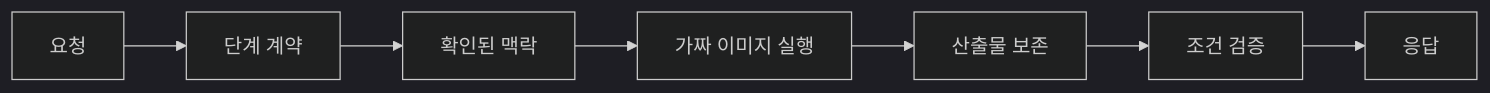
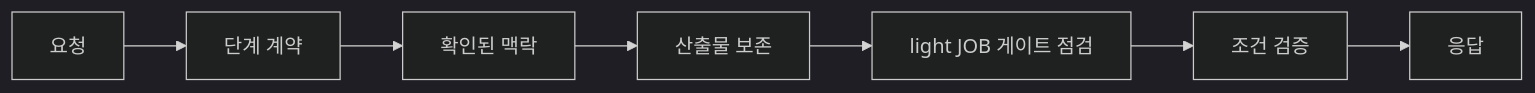
Before and after one commit to pheanor-agent/p-hermes-v2: the diagram in examples/integration-check/README.md, drawn with Mermaid (dark theme). The commit also changed other lines of this file and 148 other files, not shown here.

````diff
--- a/examples/integration-check/README.md
+++ b/examples/integration-check/README.md
@@ -6,9 +6,9 @@
 ```mermaid
 flowchart LR
   A[요청] --> B[단계 계약]
   B --> C[확인된 맥락]
-  C --> D[가짜 이미지 실행]
-  D --> E[산출물 보존]
+  C --> D[산출물 보존]
+  D --> E[light JOB 게이트 점검]
   E --> F[조건 검증]
   F --> G[응답]
 ```
````
